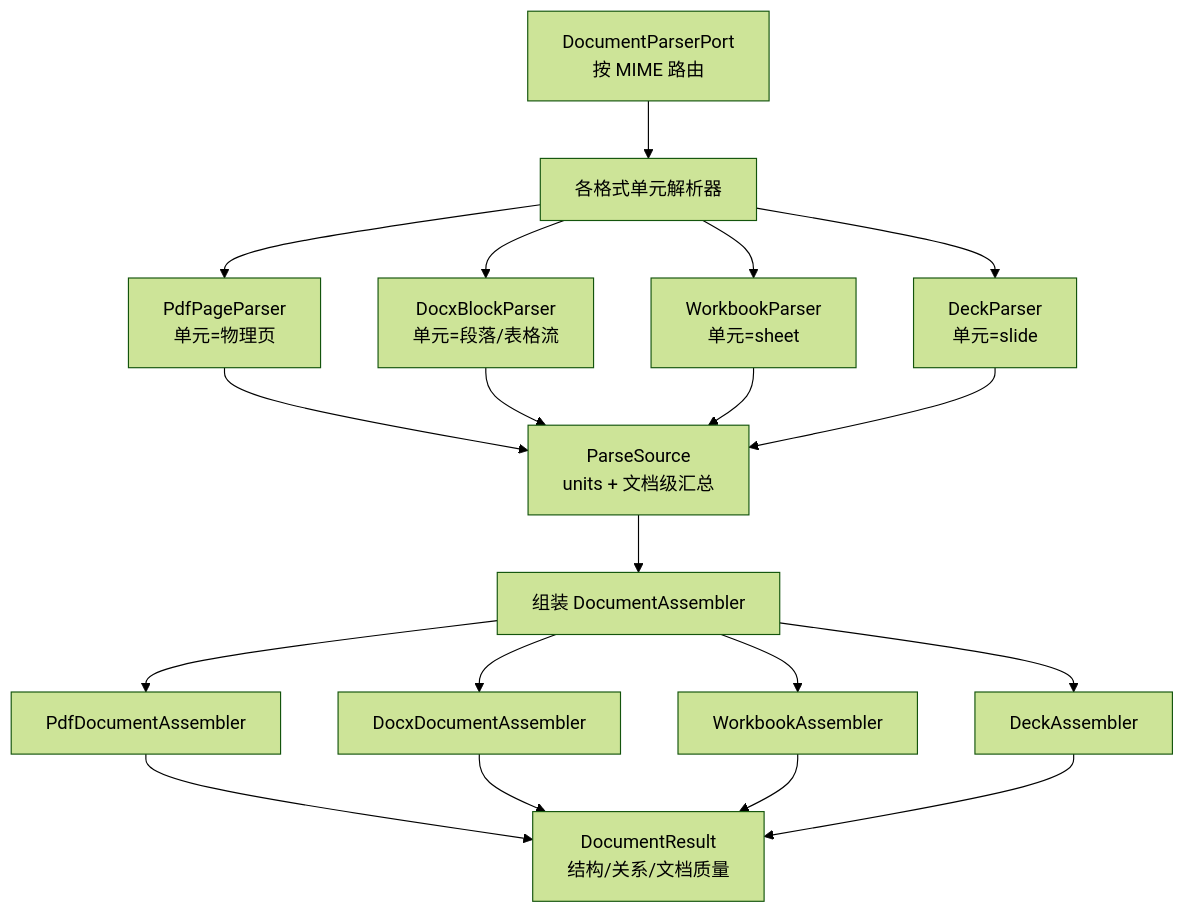
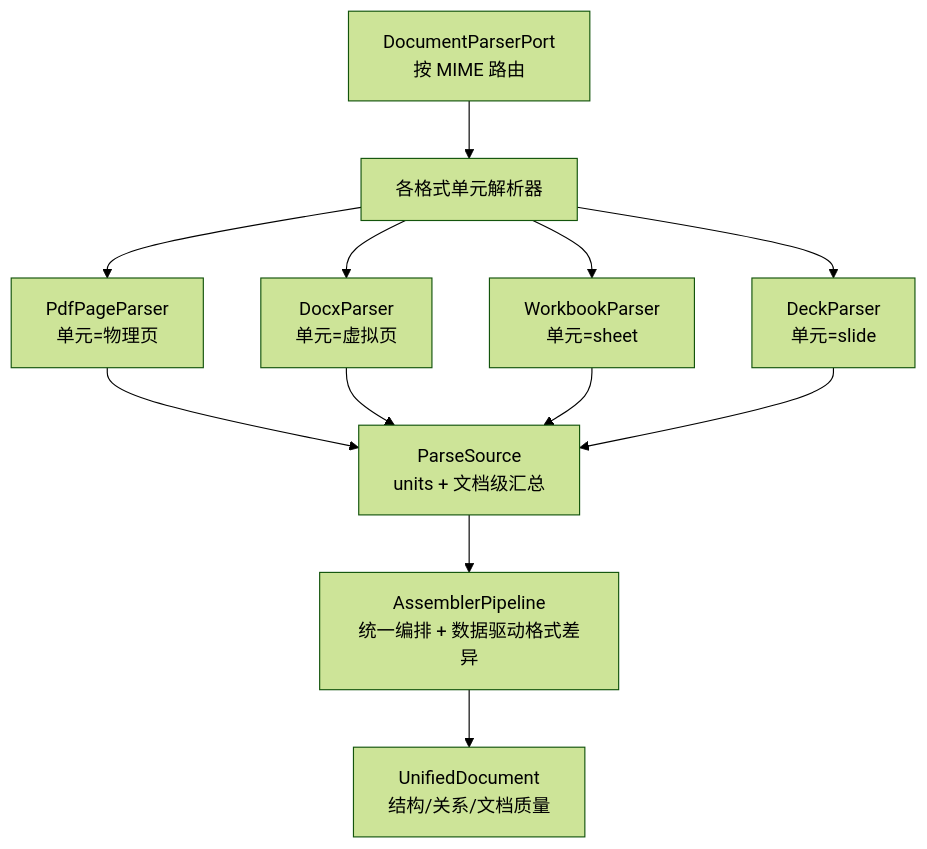
One commit to happyCxxl/workbuddy changed the first of 3 diagrams in .project/analysis/11-解析环节统一重构-设计.md. Above: the diagram before and after it, drawn with Mermaid (forest theme). The commit also changed other lines of this file and 1 other file, not shown here.

First line of the commit message:
docs(解析): 组装形态定为统一编排 + 数据驱动格式差异

````diff
--- a/.project/analysis/11-解析环节统一重构-设计.md
+++ b/.project/analysis/11-解析环节统一重构-设计.md
@@ -25,21 +25,14 @@
 ```mermaid
 flowchart TD
     A["DocumentParserPort<br/>按 MIME 路由"] --> B["各格式单元解析器"]
     B --> B1["PdfPageParser<br/>单元=物理页"]
-    B --> B2["DocxBlockParser<br/>单元=段落/表格流"]
+    B --> B2["DocxParser<br/>单元=虚拟页"]
     B --> B3["WorkbookParser<br/>单元=sheet"]
     B --> B4["DeckParser<br/>单元=slide"]
     B1 --> C["ParseSource<br/>units + 文档级汇总"]
     B2 --> C
     B3 --> C
     B4 --> C
-    C --> D["组装 DocumentAssembler"]
-    D --> D1["PdfDocumentAssembler"]
-    D --> D2["DocxDocumentAssembler"]
-    D --> D3["WorkbookAssembler"]
-    D --> D4["DeckAssembler"]
-    D1 --> E["DocumentResult<br/>结构/关系/文档质量"]
-    D2 --> E
-    D3 --> E
-    D4 --> E
+    C --> D["AssemblerPipeline<br/>统一编排 + 数据驱动格式差异"]
+    D --> E["UnifiedDocument<br/>结构/关系/文档质量"]
 ```
````
